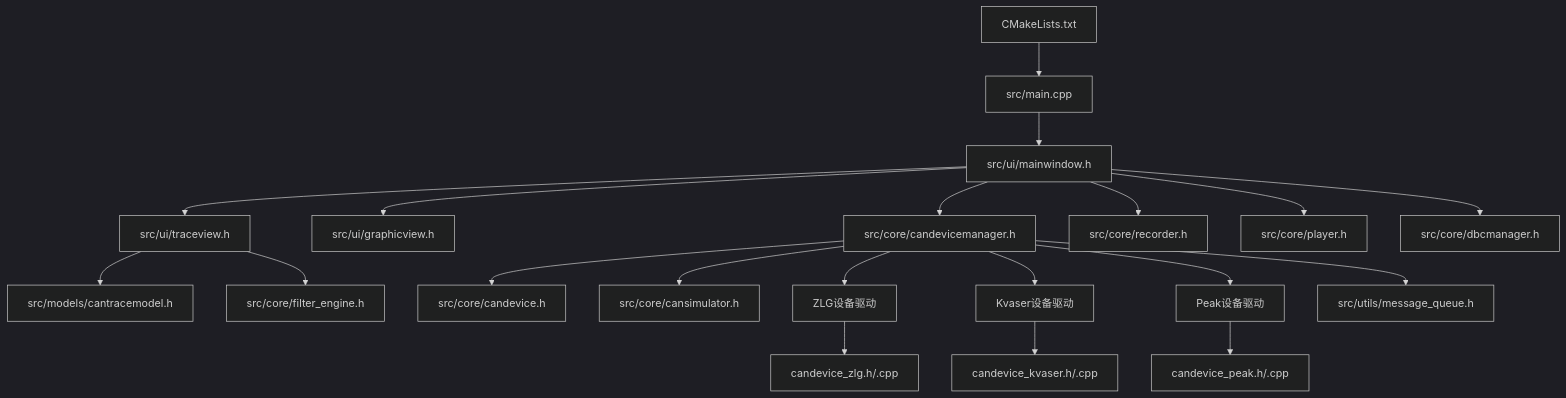
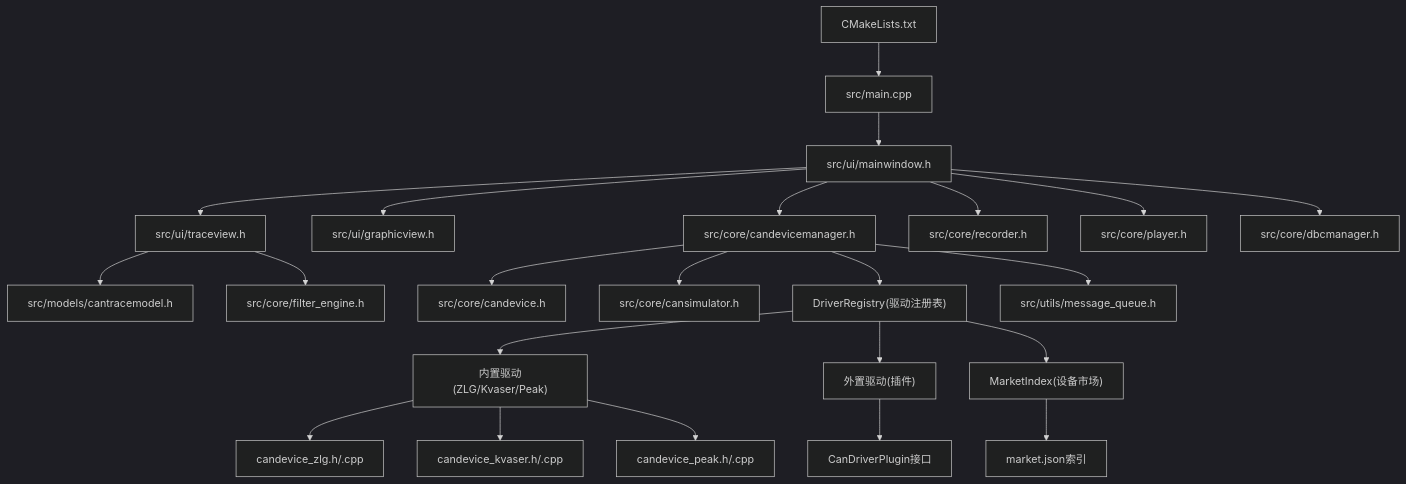
Before and after one commit to jakecai1225-design/OpenBus: the first of 7 diagrams in .qoder/repowiki/zh/content/核心模块详解/CAN设备管理系统.md, drawn with Mermaid (dark theme). The commit also changed other lines of this file and 40 other files, not shown here.

````diff
--- a/.qoder/repowiki/zh/content/核心模块详解/CAN设备管理系统.md
+++ b/.qoder/repowiki/zh/content/核心模块详解/CAN设备管理系统.md
@@ -63,22 +73,25 @@
 ```mermaid
 graph TB
 A["CMakeLists.txt"] --> B["src/main.cpp"]
 B --> C["src/ui/mainwindow.h"]
 C --> D["src/ui/traceview.h"]
 C --> E["src/ui/graphicview.h"]
 C --> F["src/core/candevicemanager.h"]
 F --> G["src/core/candevice.h"]
 F --> H["src/core/cansimulator.h"]
-F --> I["ZLG设备驱动"]
-F --> J["Kvaser设备驱动"]
-F --> K["Peak设备驱动"]
-I --> L["candevice_zlg.h/.cpp"]
-J --> M["candevice_kvaser.h/.cpp"]
-K --> N["candevice_peak.h/.cpp"]
-D --> O["src/models/cantracemodel.h"]
-D --> P["src/core/filter_engine.h"]
-C --> Q["src/core/recorder.h"]
-C --> R["src/core/player.h"]
-C --> S["src/core/dbcmanager.h"]
-F --> T["src/utils/message_queue.h"]
+F --> I["DriverRegistry(驱动注册表)"]
+I --> J["内置驱动(ZLG/Kvaser/Peak)"]
+I --> K["外置驱动(插件)"]
+I --> L["MarketIndex(设备市场)"]
+J --> M["candevice_zlg.h/.cpp"]
+J --> N["candevice_kvaser.h/.cpp"]
+J --> O["candevice_peak.h/.cpp"]
+K --> P["CanDriverPlugin接口"]
+L --> Q["market.json索引"]
+D --> R["src/models/cantracemodel.h"]
+D --> S["src/core/filter_engine.h"]
+C --> T["src/core/recorder.h"]
+C --> U["src/core/player.h"]
+C --> V["src/core/dbcmanager.h"]
+F --> W["src/utils/message_queue.h"]
 ```
````
